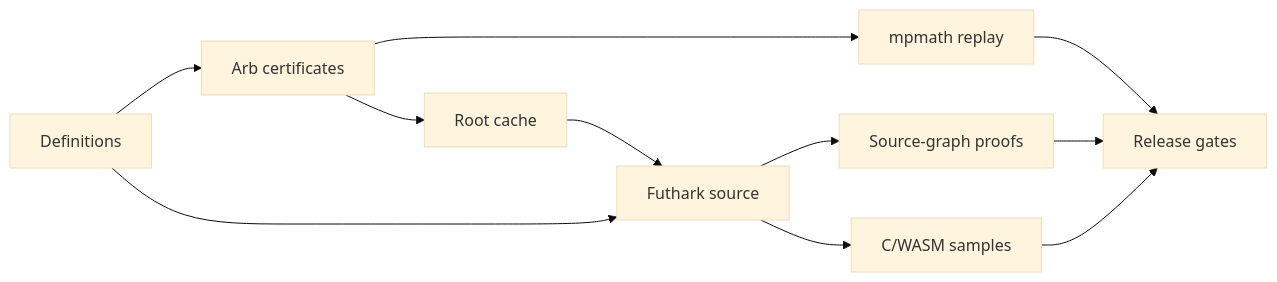
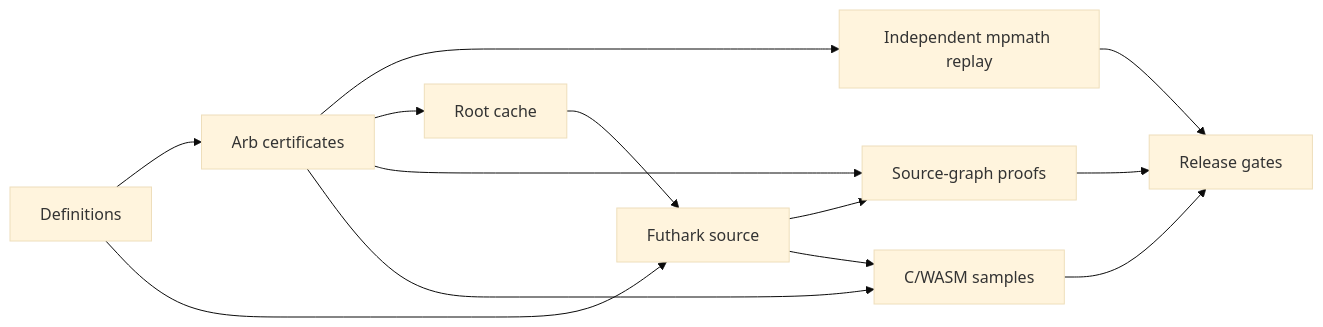
The diagram in README.md (Jesssullivan/futhark-bessel), drawn with Mermaid (base theme) before and after one commit. The commit also changed other lines of this file, not shown here.

````diff
--- a/README.md
+++ b/README.md
@@ -26,13 +26,15 @@
 ```mermaid
 flowchart LR
     D["Definitions"] --> A["Arb certificates"]
-    A --> P["mpmath replay"]
+    A --> P["Independent mpmath replay"]
     A --> C["Root cache"]
     D --> F["Futhark source"]
     C --> F
+    A --> S
     F --> S["Source-graph proofs"]
+    A --> O
     F --> O["C/WASM samples"]
     P --> G["Release gates"]
     S --> G
     O --> G
 ```
````
